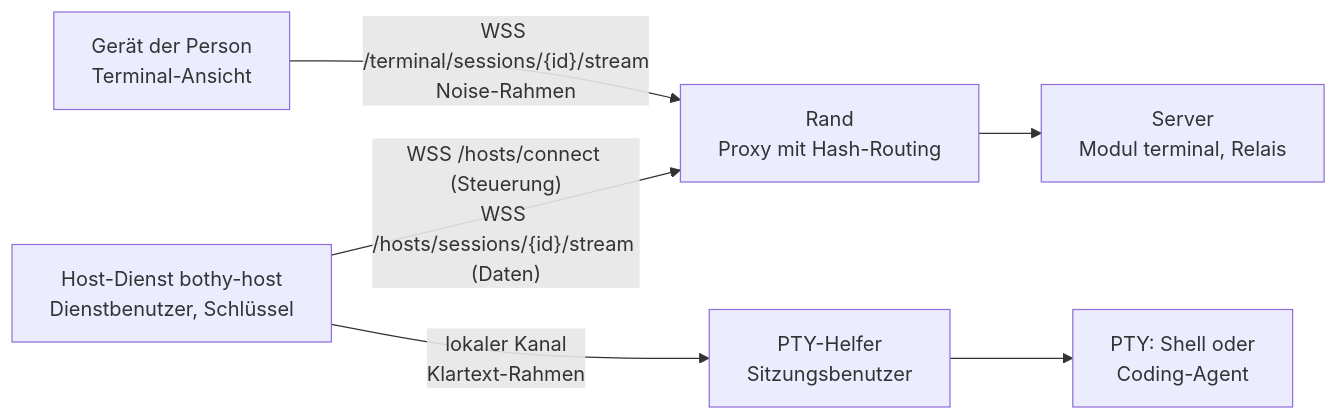
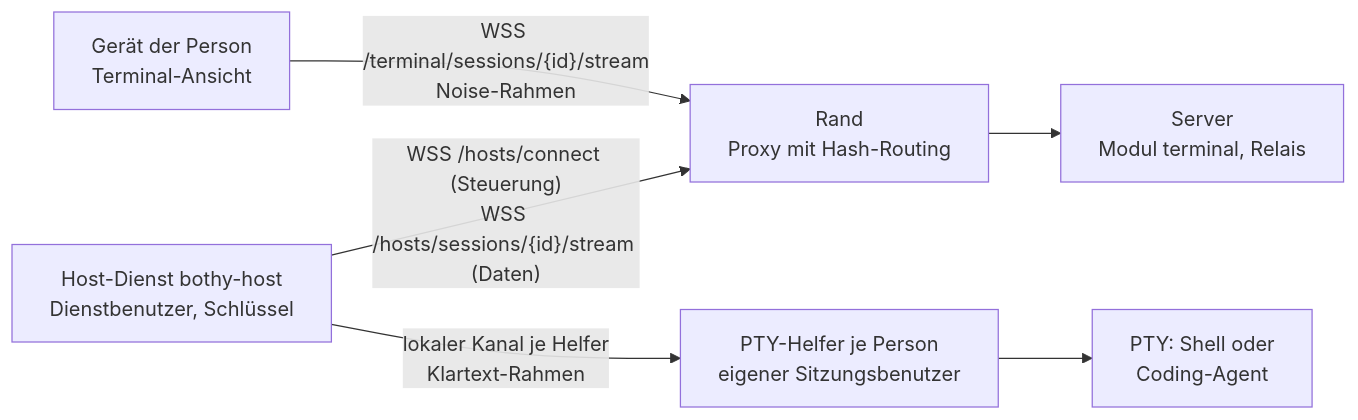
Before and after one commit to mguttmann/bothy: the first of 2 diagrams in docs/spec/24-terminal.md, drawn with Mermaid. The commit also changed other lines of this file and 159 other files, not shown here.

````diff
--- a/docs/spec/24-terminal.md
+++ b/docs/spec/24-terminal.md
@@ -55,8 +60,8 @@
 ```mermaid
 flowchart LR
     C["Gerät der Person<br/>Terminal-Ansicht"] -- "WSS /terminal/sessions/{id}/stream<br/>Noise-Rahmen" --> P["Rand<br/>Proxy mit Hash-Routing"]
     P --> S["Server<br/>Modul terminal, Relais"]
     H["Host-Dienst bothy-host<br/>Dienstbenutzer, Schlüssel"] -- "WSS /hosts/connect (Steuerung)<br/>WSS /hosts/sessions/{id}/stream (Daten)" --> P
-    H -- "lokaler Kanal<br/>Klartext-Rahmen" --> X["PTY-Helfer<br/>Sitzungsbenutzer"]
+    H -- "lokaler Kanal je Helfer<br/>Klartext-Rahmen" --> X["PTY-Helfer je Person<br/>eigener Sitzungsbenutzer"]
     X --> PTY["PTY: Shell oder<br/>Coding-Agent"]
 ```
````
